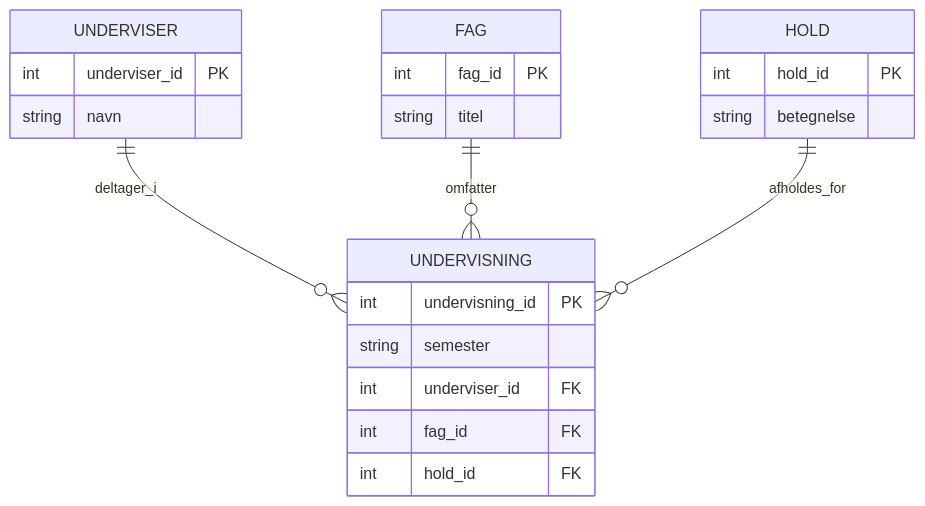
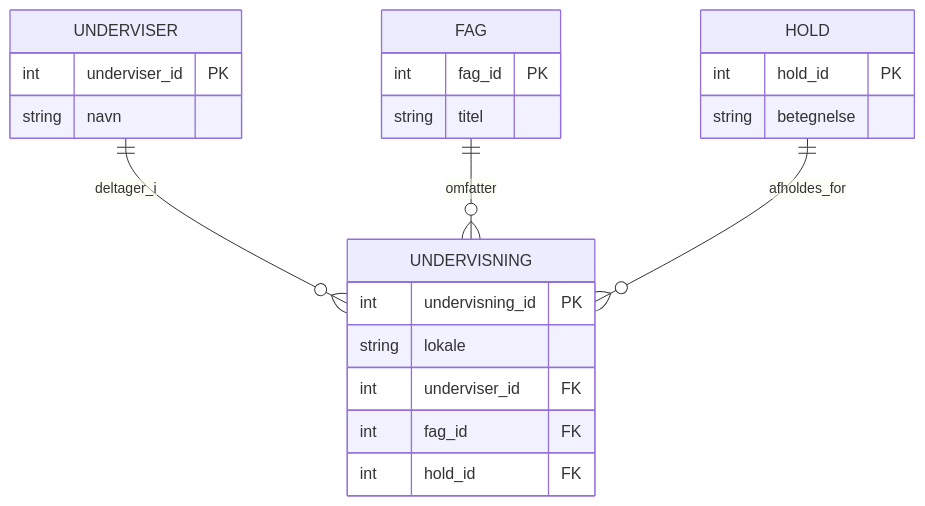
One commit to EK-DATA-2SEM-PROGSYSTEK/DATA-GBG-E25A-B changed the fifth of 8 diagrams in 10/01_man_2026-03-02/README.md. Above: the diagram before and after it, drawn with Mermaid. The commit also changed other lines of this file, not shown here.

````diff
--- a/10/01_man_2026-03-02/README.md
+++ b/10/01_man_2026-03-02/README.md
@@ -190,29 +190,29 @@
 ```mermaid
 erDiagram
     UNDERVISER ||--o{ UNDERVISNING : deltager_i
     FAG ||--o{ UNDERVISNING : omfatter
     HOLD ||--o{ UNDERVISNING : afholdes_for
 
     UNDERVISER {
         int underviser_id PK
         string navn
     }
 
     FAG {
         int fag_id PK
         string titel
     }
 
     HOLD {
         int hold_id PK
         string betegnelse
     }
 
     UNDERVISNING {
         int undervisning_id PK
-        string semester
+        string lokale
         int underviser_id FK
         int fag_id FK
         int hold_id FK
     }
 ```
````
